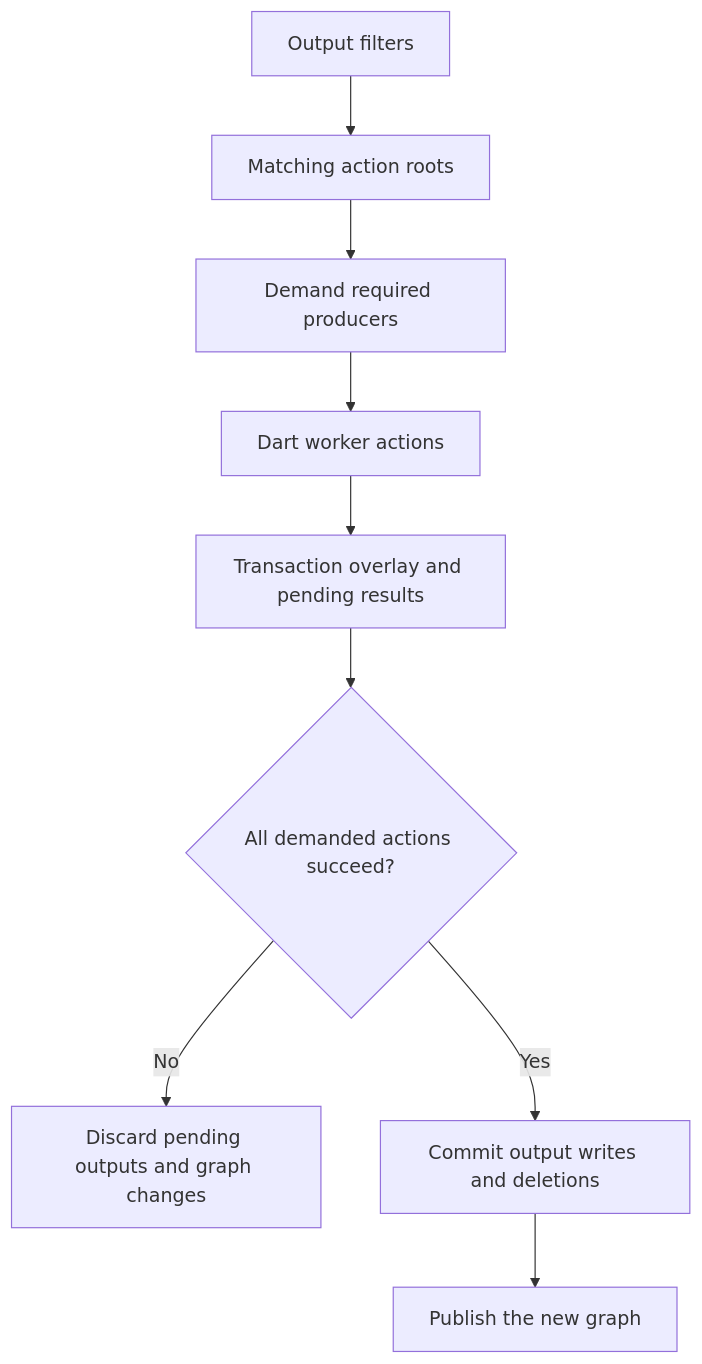
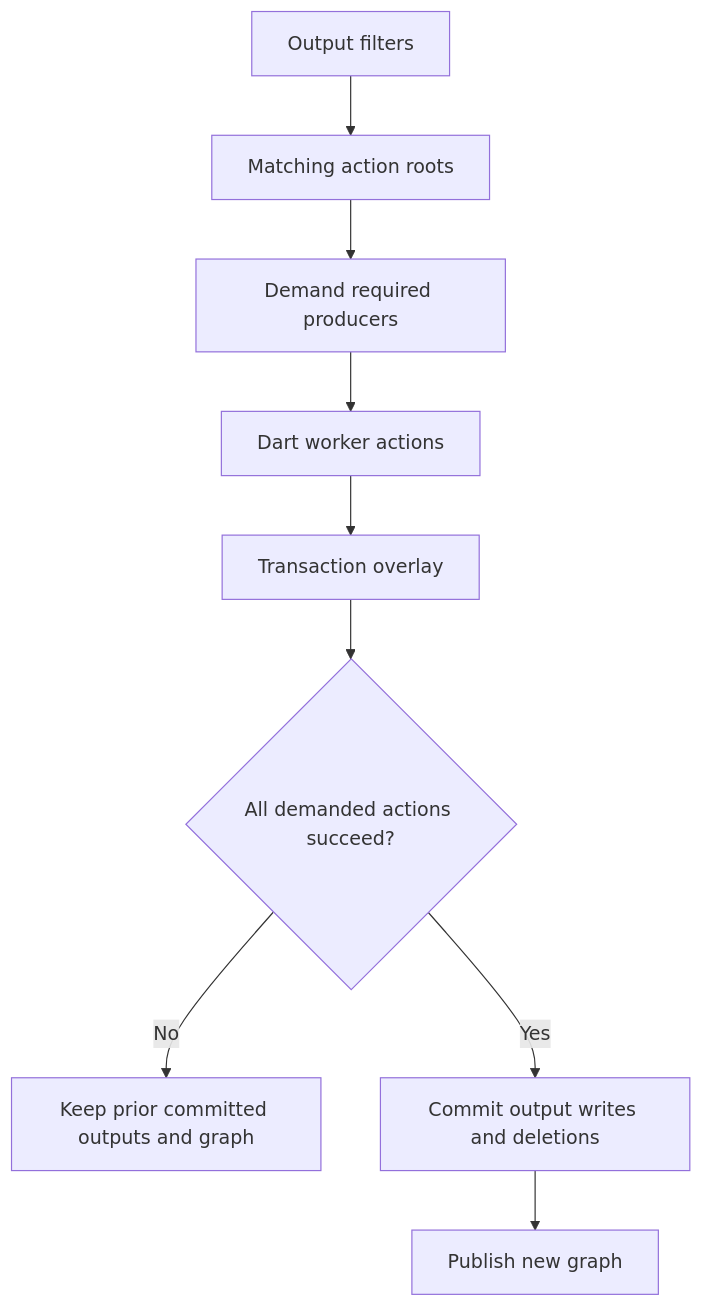
One commit to ikesyo/build_runner_accelerator changed the diagram in docs/adr/0032-native-build-filter-demand-and-output-state.md. Above: the diagram before and after it, drawn with Mermaid. The commit also changed other lines of this file and 2 other files, not shown here.

````diff
--- a/docs/adr/0032-native-build-filter-demand-and-output-state.md
+++ b/docs/adr/0032-native-build-filter-demand-and-output-state.md
@@ -21,11 +13,11 @@
 ```mermaid
 flowchart TD
     F[Output filters] --> R[Matching action roots]
     R --> D[Demand required producers]
     D --> W[Dart worker actions]
-    W --> O[Transaction overlay and pending results]
+    W --> O[Transaction overlay]
     O --> S{All demanded actions succeed?}
-    S -- No --> X[Discard pending outputs and graph changes]
+    S -- No --> X[Keep prior committed outputs and graph]
     S -- Yes --> C[Commit output writes and deletions]
-    C --> G[Publish the new graph]
+    C --> G[Publish new graph]
 ```
````
